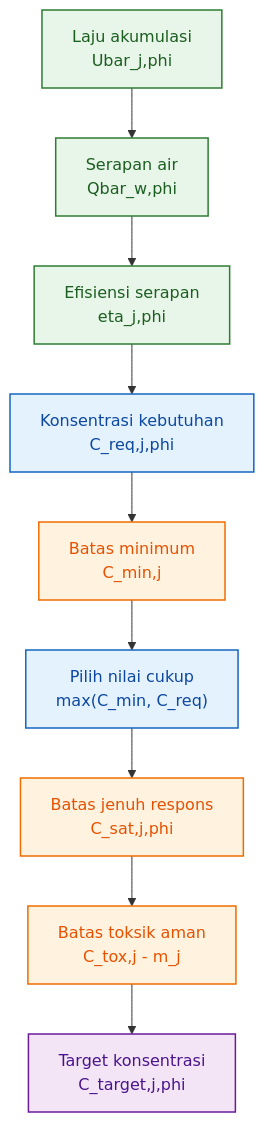
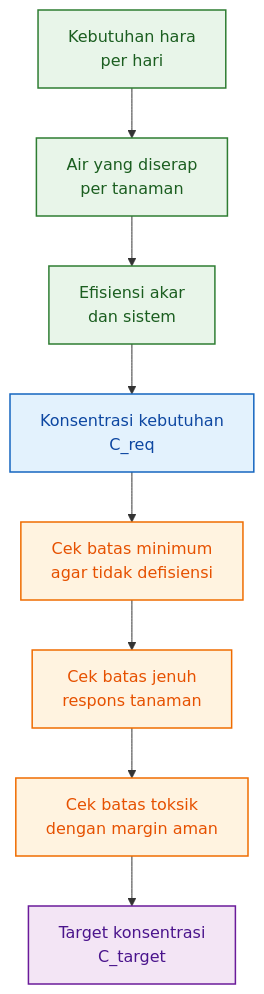
The eighth of 15 diagrams in content/blog/agri/kebon/model-formula-hara.mdx (slametsampon/kawruhnology), drawn with Mermaid before and after one commit. The commit also changed other lines of this file and 4 other files, not shown here.

````diff
--- a/content/blog/agri/kebon/model-formula-hara.mdx
+++ b/content/blog/agri/kebon/model-formula-hara.mdx
@@ -1856,21 +1716,20 @@
 ```mermaid id="bab7-formula-utama"
 flowchart TD
-    A["Laju akumulasi<br/>Ubar_j,phi"] --> B["Serapan air<br/>Qbar_w,phi"]
-    B --> C["Efisiensi serapan<br/>eta_j,phi"]
-    C --> D["Konsentrasi kebutuhan<br/>C_req,j,phi"]
-    D --> E["Batas minimum<br/>C_min,j"]
-    E --> F["Pilih nilai cukup<br/>max(C_min, C_req)"]
-    F --> G["Batas jenuh respons<br/>C_sat,j,phi"]
-    G --> H["Batas toksik aman<br/>C_tox,j - m_j"]
-    H --> I["Target konsentrasi<br/>C_target,j,phi"]
+    A["Kebutuhan hara<br/>per hari"] --> B["Air yang diserap<br/>per tanaman"]
+    B --> C["Efisiensi akar<br/>dan sistem"]
+    C --> D["Konsentrasi kebutuhan<br/>C_req"]
+    D --> E["Cek batas minimum<br/>agar tidak defisiensi"]
+    E --> F["Cek batas jenuh<br/>respons tanaman"]
+    F --> G["Cek batas toksik<br/>dengan margin aman"]
+    G --> H["Target konsentrasi<br/>C_target"]
 
     classDef data fill:#E8F5E9,stroke:#2E7D32,stroke-width:1.5px,color:#1B5E20;
     classDef hitung fill:#E3F2FD,stroke:#1565C0,stroke-width:1.5px,color:#0D47A1;
     classDef batas fill:#FFF3E0,stroke:#EF6C00,stroke-width:1.5px,color:#E65100;
     classDef hasil fill:#F3E5F5,stroke:#6A1B9A,stroke-width:1.5px,color:#4A148C;
 
     class A,B,C data;
-    class D,F hitung;
-    class E,G,H batas;
-    class I hasil;
+    class D hitung;
+    class E,F,G batas;
+    class H hasil;
 ```
````
